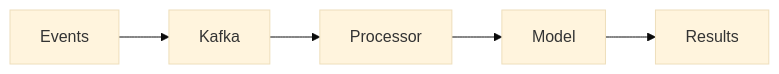
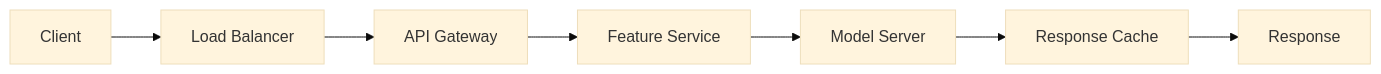
The second of 2 diagrams in src/ml/system-design/model-serving.md (vanos001/placement_prep), drawn with Mermaid (base theme) before and after one commit. The commit also changed other lines of this file and 14 other files, not shown here.

````diff
--- a/src/ml/system-design/model-serving.md
+++ b/src/ml/system-design/model-serving.md
@@ -78,7 +22,9 @@
 ```mermaid
 graph LR
-    E[Events] --> K[Kafka]
-    K --> P[Processor]
-    P --> M[Model]
-    M --> R[Results]
+    A[Client] --> B[Load Balancer]
+    B --> C[API Gateway]
+    C --> D[Feature Service]
+    D --> E[Model Server]
+    E --> F[Response Cache]
+    F --> G[Response]
 ```
````
